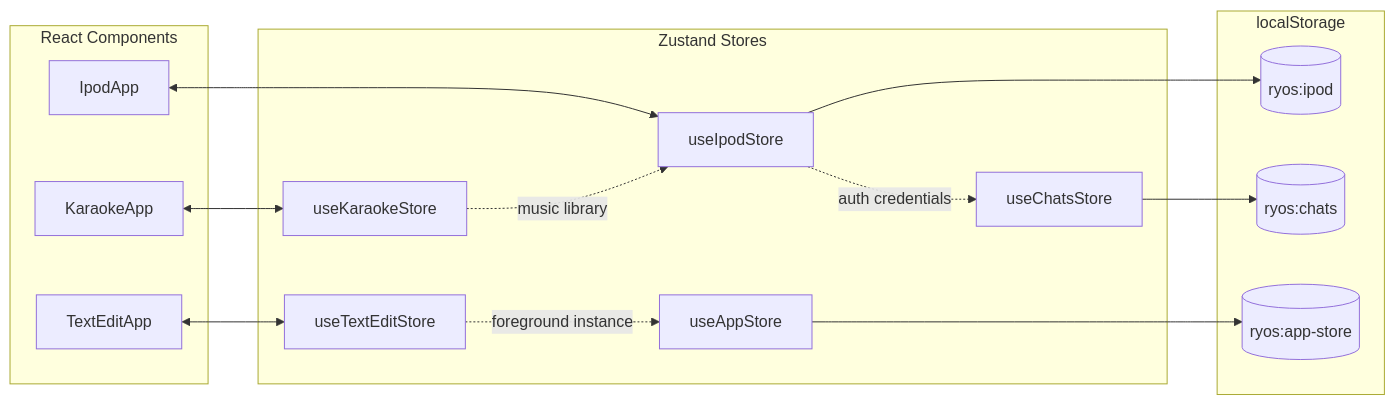
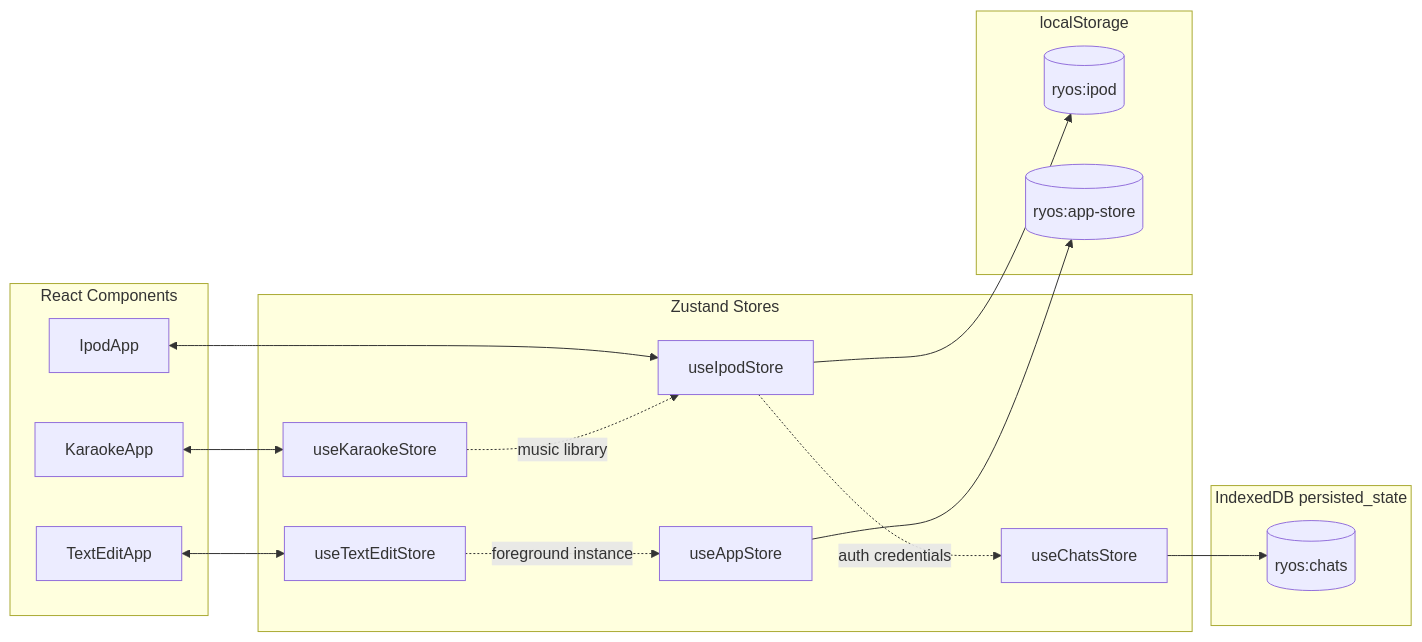
Before and after one commit to ryokun6/ryos: the fourth of 6 diagrams in docs/3.2-state-management.md, drawn with Mermaid. The commit also changed other lines of this file and 8 other files, not shown here.

````diff
--- a/docs/3.2-state-management.md
+++ b/docs/3.2-state-management.md
@@ -453,34 +453,37 @@
 ```mermaid
 flowchart LR
     subgraph Components["React Components"]
         C1[IpodApp]
         C2[KaraokeApp]
         C3[TextEditApp]
     end
 
     subgraph Stores["Zustand Stores"]
         S1[useIpodStore]
         S2[useKaraokeStore]
         S3[useTextEditStore]
         S4[useChatsStore]
         S5[useAppStore]
     end
 
     subgraph Persist["localStorage"]
         P1[(ryos:ipod)]
+        P3[(ryos:app-store)]
+    end
+
+    subgraph LargePersist["IndexedDB persisted_state"]
         P2[(ryos:chats)]
-        P3[(ryos:app-store)]
     end
 
     C1 <--> S1
     C2 <--> S2
     C3 <--> S3
 
     S2 -.-> |music library| S1
     S3 -.-> |foreground instance| S5
     S1 -.-> |auth credentials| S4
 
     S1 --> P1
     S4 --> P2
     S5 --> P3
 ```
````
